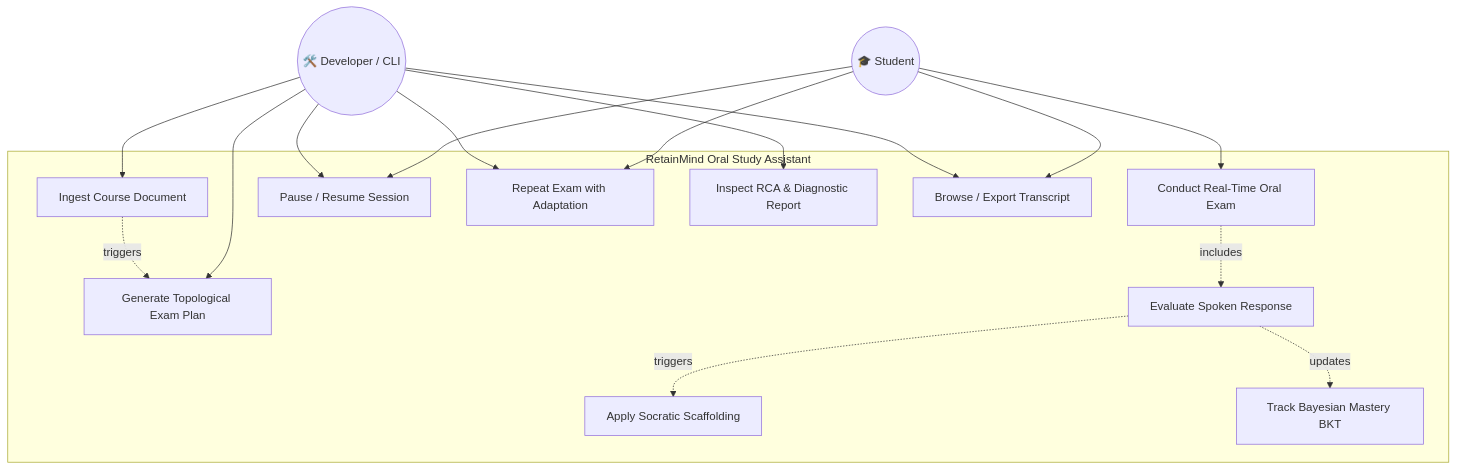
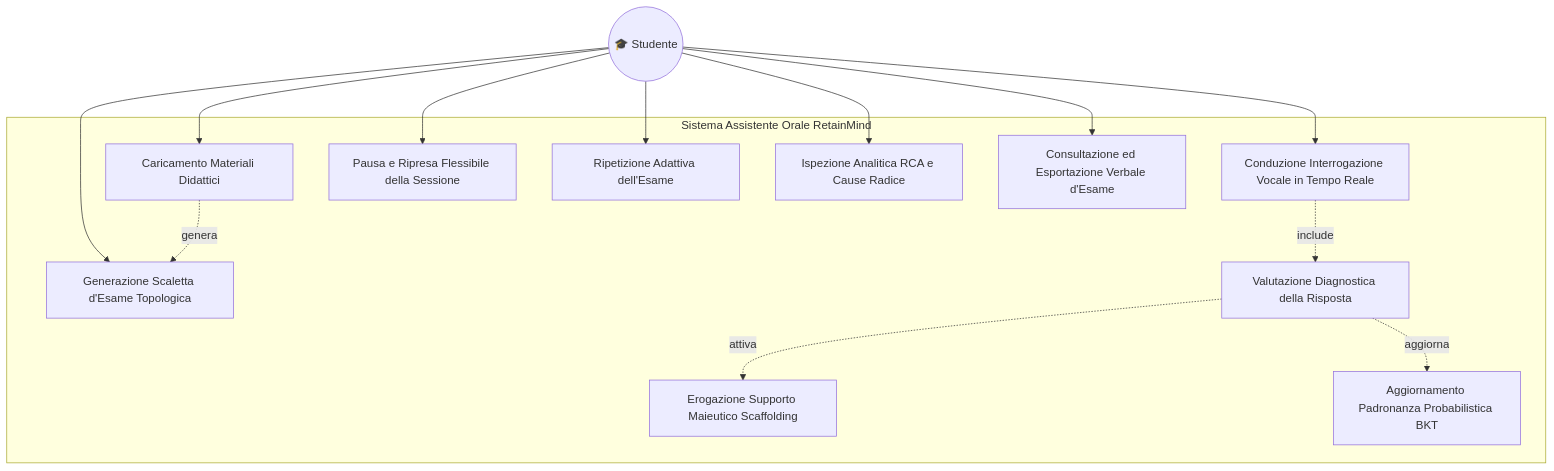
Before and after one commit to Pr1vat30/RetainMind: the third of 7 diagrams in docs/RetainMind_RAD.md, drawn with Mermaid. The commit also changed other lines of this file and 12 other files, not shown here.

````diff
--- a/docs/RetainMind_RAD.md
+++ b/docs/RetainMind_RAD.md
@@ -501,35 +439,30 @@
 ```mermaid
 flowchart TB
-    Student((🎓 Student))
-    Admin((🛠️ Developer / CLI))
+    Student((🎓 Studente))
 
-    subgraph RetainMind_System [RetainMind Oral Study Assistant]
-        UC1[Ingest Course Document]
-        UC2[Generate Topological Exam Plan]
-        UC3[Conduct Real-Time Oral Exam]
-        UC4[Evaluate Spoken Response]
-        UC5[Apply Socratic Scaffolding]
-        UC6[Track Bayesian Mastery BKT]
-        UC7[Pause / Resume Session]
-        UC8[Repeat Exam with Adaptation]
-        UC9[Inspect RCA & Diagnostic Report]
-        UC10[Browse / Export Transcript]
+    subgraph RetainMind_System [Sistema Assistente Orale RetainMind]
+        UC1[Caricamento Materiali Didattici]
+        UC2[Generazione Scaletta d'Esame Topologica]
+        UC3[Conduzione Interrogazione Vocale in Tempo Reale]
+        UC4[Valutazione Diagnostica della Risposta]
+        UC5[Erogazione Supporto Maieutico Scaffolding]
+        UC6[Aggiornamento Padronanza Probabilistica BKT]
+        UC7[Pausa e Ripresa Flessibile della Sessione]
+        UC8[Ripetizione Adattiva dell'Esame]
+        UC9[Ispezione Analitica RCA e Cause Radice]
+        UC10[Consultazione ed Esportazione Verbale d'Esame]
     end
 
+    Student --> UC1
+    Student --> UC2
     Student --> UC3
     Student --> UC7
     Student --> UC8
+    Student --> UC9
     Student --> UC10
 
-    Admin --> UC1
-    Admin --> UC2
-    Admin --> UC7
-    Admin --> UC8
-    Admin --> UC9
-    Admin --> UC10
-
-    UC3 -.->|includes| UC4
-    UC4 -.->|triggers| UC5
-    UC4 -.->|updates| UC6
-    UC1 -.->|triggers| UC2
+    UC3 -.->|include| UC4
+    UC4 -.->|attiva| UC5
+    UC4 -.->|aggiorna| UC6
+    UC1 -.->|genera| UC2
 ```
````
